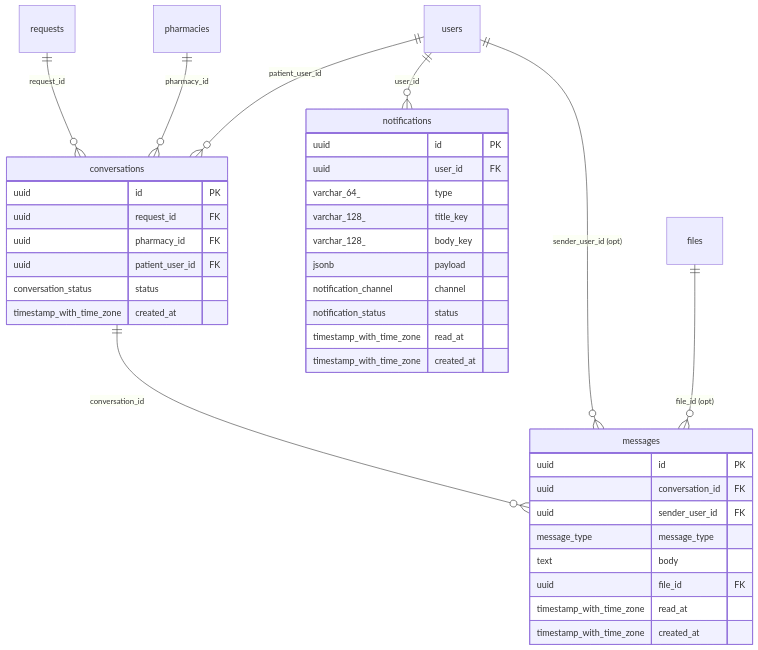
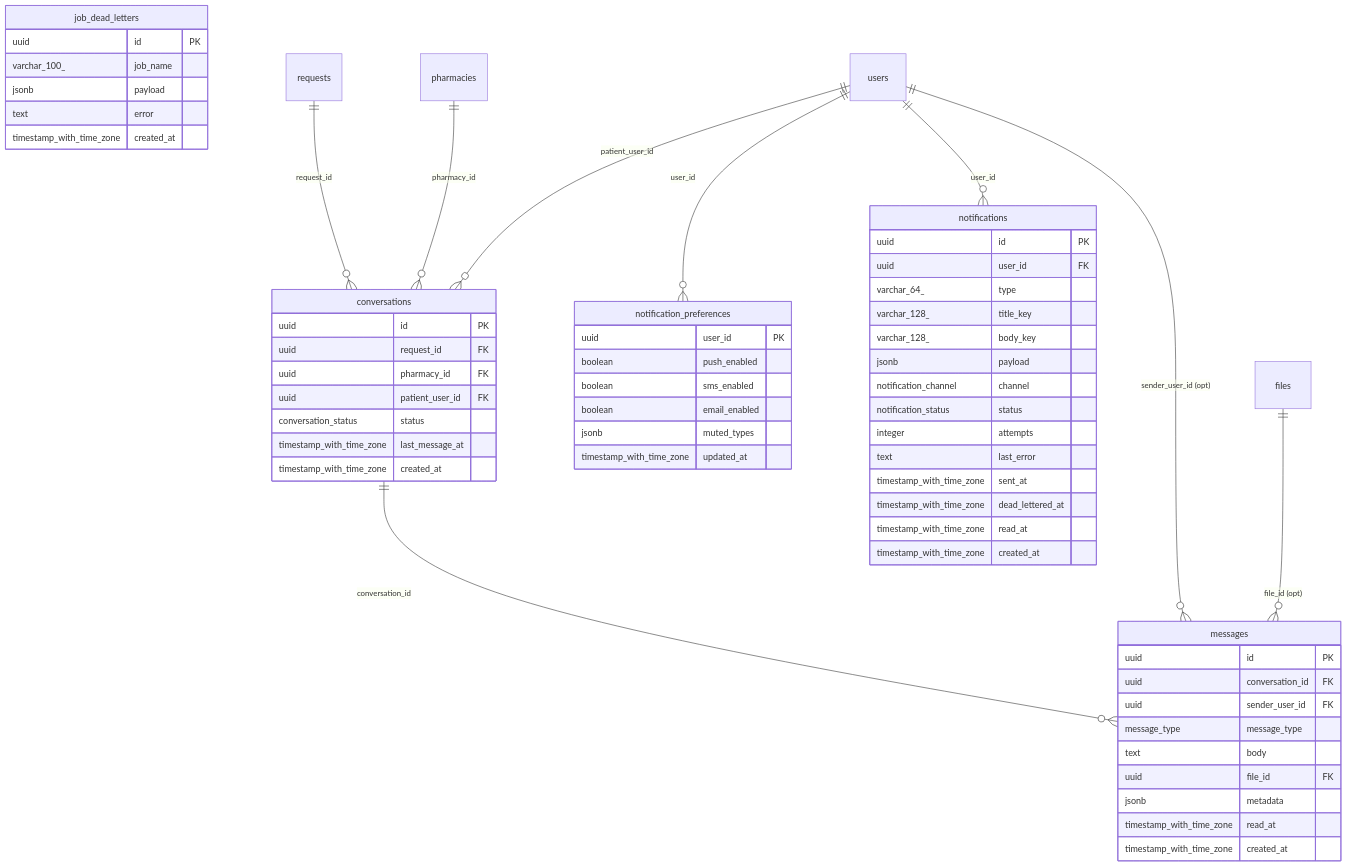
The eighth of 12 diagrams in backend/docs/01-database.md (Chafikbz4/DEWA), drawn with Mermaid before and after one commit. The commit also changed other lines of this file and 36 other files, not shown here.

First line of the commit message:
feat(messaging): Phase 5 – conversations, clarification flow, notifications, realtime

````diff
--- a/backend/docs/01-database.md
+++ b/backend/docs/01-database.md
@@ -579,40 +579,62 @@
 ```mermaid
 erDiagram
   conversations {
     uuid id PK
     uuid request_id FK
     uuid pharmacy_id FK
     uuid patient_user_id FK
     conversation_status status
+    timestamp_with_time_zone last_message_at
+    timestamp_with_time_zone created_at
+  }
+  job_dead_letters {
+    uuid id PK
+    varchar_100_ job_name
+    jsonb payload
+    text error
     timestamp_with_time_zone created_at
   }
   messages {
     uuid id PK
     uuid conversation_id FK
     uuid sender_user_id FK
     message_type message_type
     text body
     uuid file_id FK
+    jsonb metadata
     timestamp_with_time_zone read_at
     timestamp_with_time_zone created_at
+  }
+  notification_preferences {
+    uuid user_id PK
+    boolean push_enabled
+    boolean sms_enabled
+    boolean email_enabled
+    jsonb muted_types
+    timestamp_with_time_zone updated_at
   }
   notifications {
     uuid id PK
     uuid user_id FK
     varchar_64_ type
     varchar_128_ title_key
     varchar_128_ body_key
     jsonb payload
     notification_channel channel
     notification_status status
+    integer attempts
+    text last_error
+    timestamp_with_time_zone sent_at
+    timestamp_with_time_zone dead_lettered_at
     timestamp_with_time_zone read_at
     timestamp_with_time_zone created_at
   }
   requests ||--o{ conversations : "request_id"
   pharmacies ||--o{ conversations : "pharmacy_id"
   users ||--o{ conversations : "patient_user_id"
   conversations ||--o{ messages : "conversation_id"
   users ||--o{ messages : "sender_user_id (opt)"
   files ||--o{ messages : "file_id (opt)"
+  users ||--o{ notification_preferences : "user_id"
   users ||--o{ notifications : "user_id"
 ```
````
